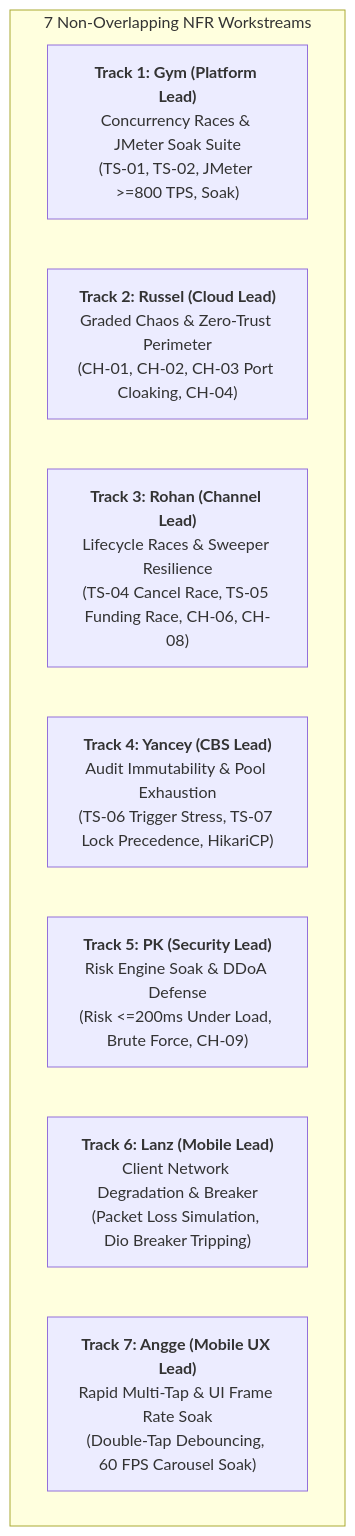
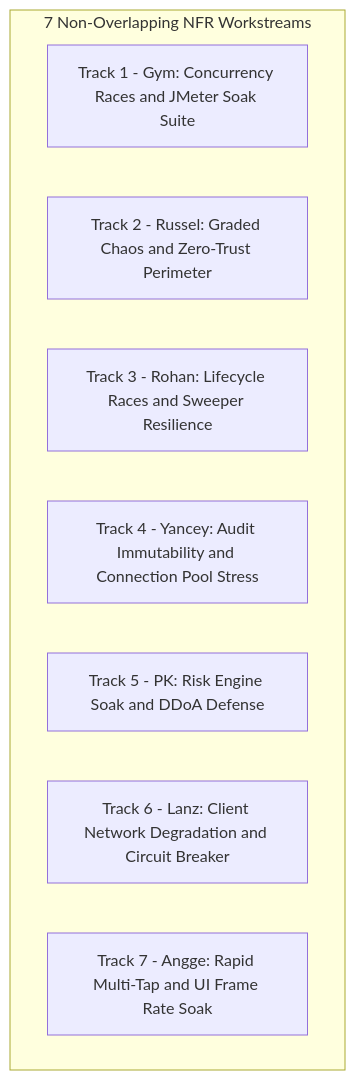
The diagram in docs/NON_FUNCTIONAL_TEST_PLAN.md (integrated-capstone-group-1/cloud-staging-test), drawn with Mermaid before and after one commit. The commit also changed 4 other files, not shown here.

Commit message:
docs: Mermaid diagram rendering

````diff
--- a/docs/NON_FUNCTIONAL_TEST_PLAN.md
+++ b/docs/NON_FUNCTIONAL_TEST_PLAN.md
@@ -26,12 +26,12 @@
 ```mermaid
 flowchart TD
     subgraph NFRTracks["7 Non-Overlapping NFR Workstreams"]
-        GYM_Track["<b>Track 1: Gym (Platform Lead)</b><br/>Concurrency Races & JMeter Soak Suite<br/>(TS-01, TS-02, JMeter >=800 TPS, Soak)"]
-        RUS_Track["<b>Track 2: Russel (Cloud Lead)</b><br/>Graded Chaos & Zero-Trust Perimeter<br/>(CH-01, CH-02, CH-03 Port Cloaking, CH-04)"]
-        ROH_Track["<b>Track 3: Rohan (Channel Lead)</b><br/>Lifecycle Races & Sweeper Resilience<br/>(TS-04 Cancel Race, TS-05 Funding Race, CH-06, CH-08)"]
-        YAN_Track["<b>Track 4: Yancey (CBS Lead)</b><br/>Audit Immutability & Pool Exhaustion<br/>(TS-06 Trigger Stress, TS-07 Lock Precedence, HikariCP)"]
-        PK_Track["<b>Track 5: PK (Security Lead)</b><br/>Risk Engine Soak & DDoA Defense<br/>(Risk <=200ms Under Load, Brute Force, CH-09)"]
-        LAN_Track["<b>Track 6: Lanz (Mobile Lead)</b><br/>Client Network Degradation & Breaker<br/>(Packet Loss Simulation, Dio Breaker Tripping)"]
-        ANG_Track["<b>Track 7: Angge (Mobile UX Lead)</b><br/>Rapid Multi-Tap & UI Frame Rate Soak<br/>(Double-Tap Debouncing, 60 FPS Carousel Soak)"]
+        GYM_Track["Track 1 - Gym: Concurrency Races and JMeter Soak Suite"]
+        RUS_Track["Track 2 - Russel: Graded Chaos and Zero-Trust Perimeter"]
+        ROH_Track["Track 3 - Rohan: Lifecycle Races and Sweeper Resilience"]
+        YAN_Track["Track 4 - Yancey: Audit Immutability and Connection Pool Stress"]
+        PK_Track["Track 5 - PK: Risk Engine Soak and DDoA Defense"]
+        LAN_Track["Track 6 - Lanz: Client Network Degradation and Circuit Breaker"]
+        ANG_Track["Track 7 - Angge: Rapid Multi-Tap and UI Frame Rate Soak"]
     end
 ```
````
